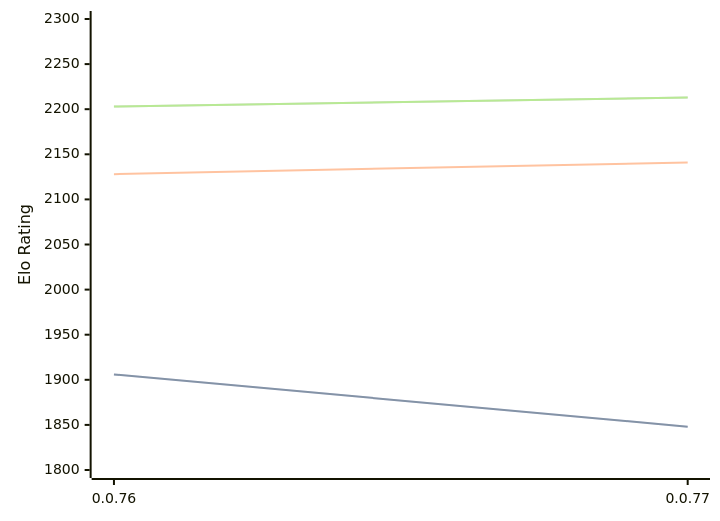
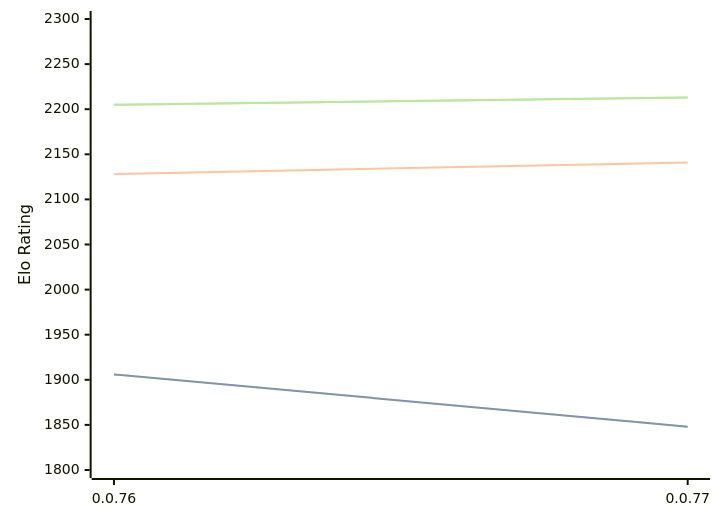
One commit to computer-chess-index/cci changed the diagram in engines/Fktb.md. Above: the diagram before and after it, drawn with Mermaid. The commit also changed other lines of this file, not shown here.

Commit message:
Update CCI Ratings (ELO VLTC) - 2026-06-11

````diff
--- a/engines/Fktb.md
+++ b/engines/Fktb.md
@@ -32,11 +32,11 @@
 ```mermaid
 %%{init: {"theme":"base","themeVariables":{"seriesColors:['#a3a3a3','#222221','#faa371']}}}%%
 xychart-beta
   x-axis ["0.0.76", "0.0.77"]
   y-axis "Elo Rating" 1800 --> 2300
   line "STC (8.0+0.08s)" [1906, 1848]
   line "STC (8.0+0.08s)" [1906, 1848]
   line "LTC (60.0+0.60s)" [2128, 2141]
-  line "VLTC (2m24s+1.12s)" [2203, 2213]
-  line "VLTC (2m24s+1.12s)" [2203, 2213]
+  line "VLTC (2m24s+1.12s)" [2205, 2213]
+  line "VLTC (2m24s+1.12s)" [2205, 2213]
 ```
````
